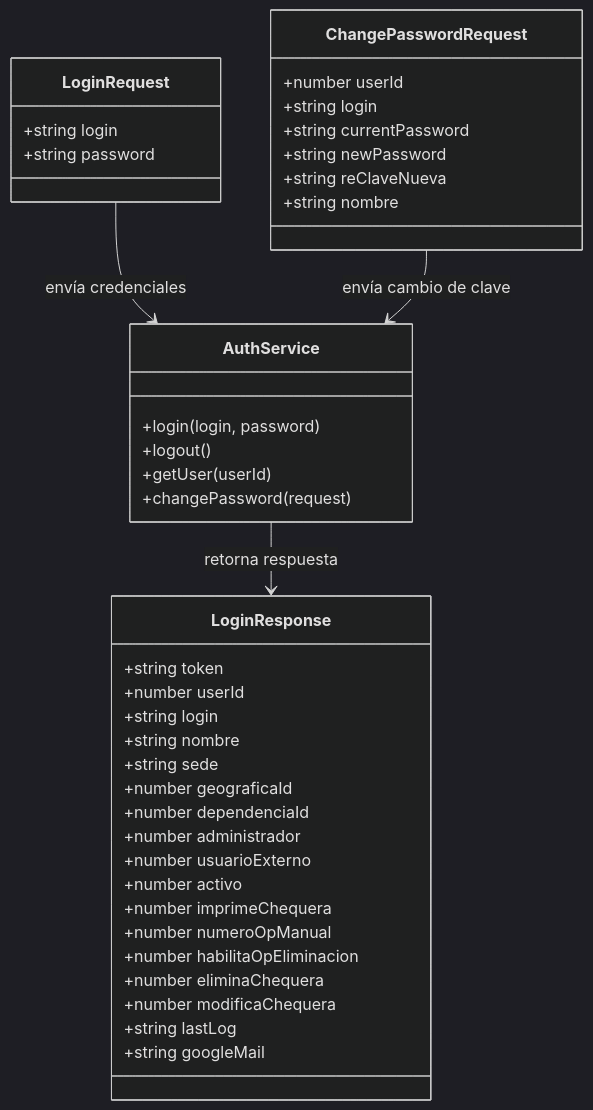
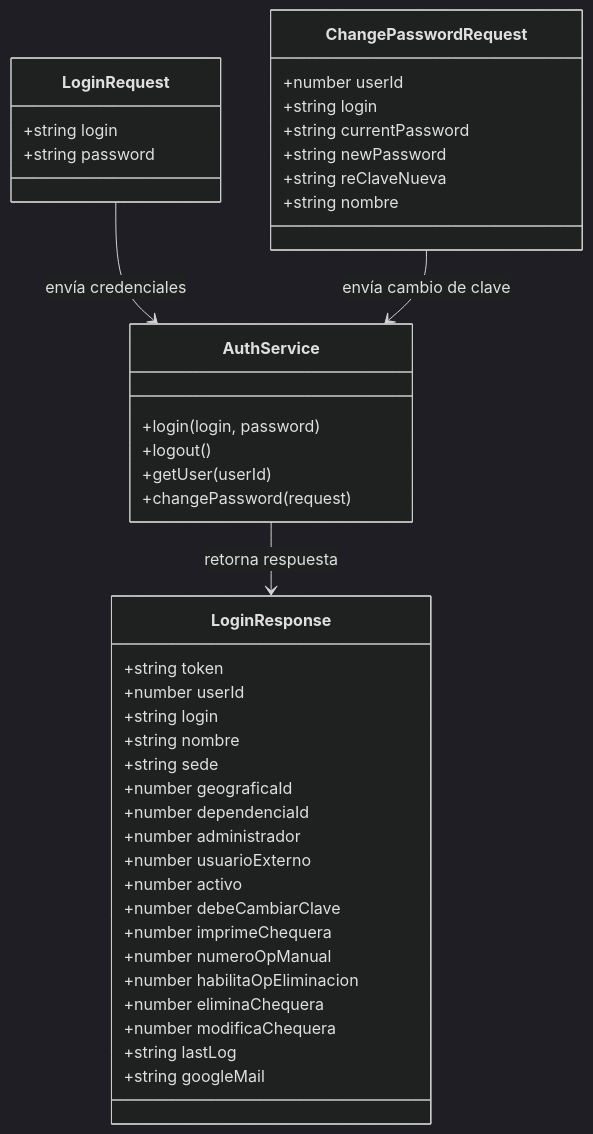
The seventh of 7 diagrams in docs/architecture.md (UM-services/UM.tesoreria.frontend-client), drawn with Mermaid (dark theme) before and after one commit. The commit also changed other lines of this file and 1 other file, not shown here.

First line of the commit message:
docs: reflejar nuevos módulos y cambio de clave

````diff
--- a/docs/architecture.md
+++ b/docs/architecture.md
@@ -253,47 +267,48 @@
 ```mermaid
 classDiagram
     class LoginRequest {
         +string login
         +string password
     }
 
     class LoginResponse {
         +string token
         +number userId
         +string login
         +string nombre
         +string sede
         +number geograficaId
         +number dependenciaId
         +number administrador
         +number usuarioExterno
         +number activo
+        +number debeCambiarClave
         +number imprimeChequera
         +number numeroOpManual
         +number habilitaOpEliminacion
         +number eliminaChequera
         +number modificaChequera
         +string lastLog
         +string googleMail
     }
 
     class ChangePasswordRequest {
         +number userId
         +string login
         +string currentPassword
         +string newPassword
         +string reClaveNueva
         +string nombre
     }
 
     class AuthService {
         +login(login, password)
         +logout()
         +getUser(userId)
         +changePassword(request)
     }
 
     LoginRequest --> AuthService: envía credenciales
     ChangePasswordRequest --> AuthService: envía cambio de clave
     AuthService --> LoginResponse: retorna respuesta
 ```
````
